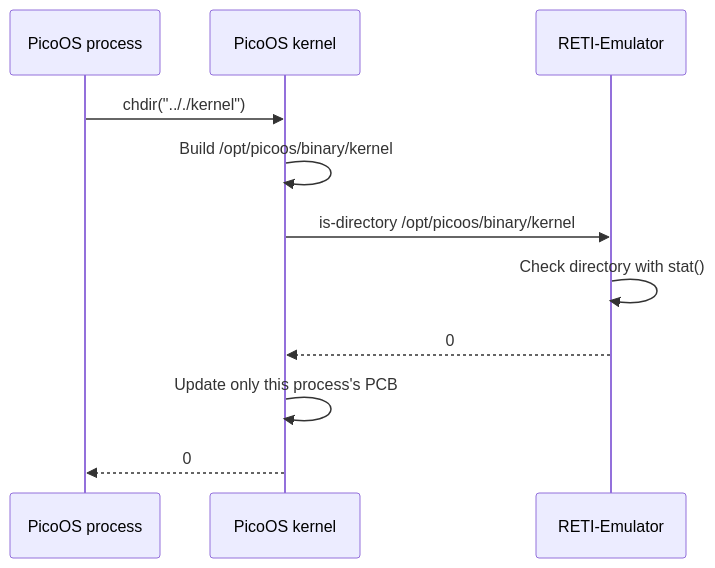
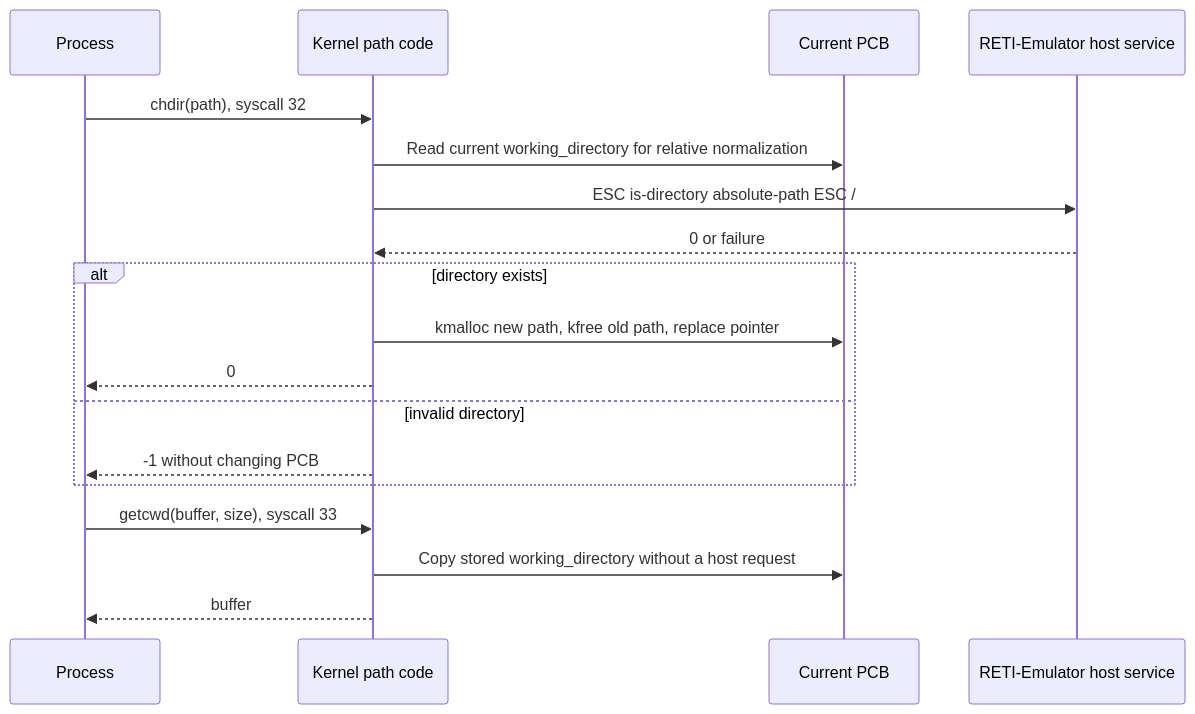
Diagram 19 of 24 in README.md (matthejue/Pico-OS), drawn with Mermaid before and after one commit. The commit also changed other lines of this file and 19 other files, not shown here.

First line of the commit message:
- The terminal input buffer now lives in the shared terminal code, not inside every process’s descriptor table

````diff
--- a/README.md
+++ b/README.md
@@ -2582,13 +2147,21 @@
 ```mermaid
 sequenceDiagram
-    participant Process as PicoOS process
-    participant Kernel as PicoOS kernel
-    participant Emulator as RETI-Emulator
-    Process->>Kernel: chdir(".././kernel")
-    Kernel->>Kernel: Build /opt/picoos/binary/kernel
-    Kernel->>Emulator: is-directory /opt/picoos/binary/kernel
-    Emulator->>Emulator: Check directory with stat()
-    Emulator-->>Kernel: 0
-    Kernel->>Kernel: Update only this process's PCB
-    Kernel-->>Process: 0
+    participant P as Process
+    participant K as Kernel path code
+    participant PCB as Current PCB
+    participant E as RETI-Emulator host service
+
+    P->>K: chdir(path), syscall 32
+    K->>PCB: Read current working_directory for relative normalization
+    K->>E: ESC is-directory absolute-path ESC /
+    E-->>K: 0 or failure
+    alt directory exists
+        K->>PCB: kmalloc new path, kfree old path, replace pointer
+        K-->>P: 0
+    else invalid directory
+        K-->>P: -1 without changing PCB
+    end
+    P->>K: getcwd(buffer, size), syscall 33
+    K->>PCB: Copy stored working_directory without a host request
+    K-->>P: buffer
 ```
````
